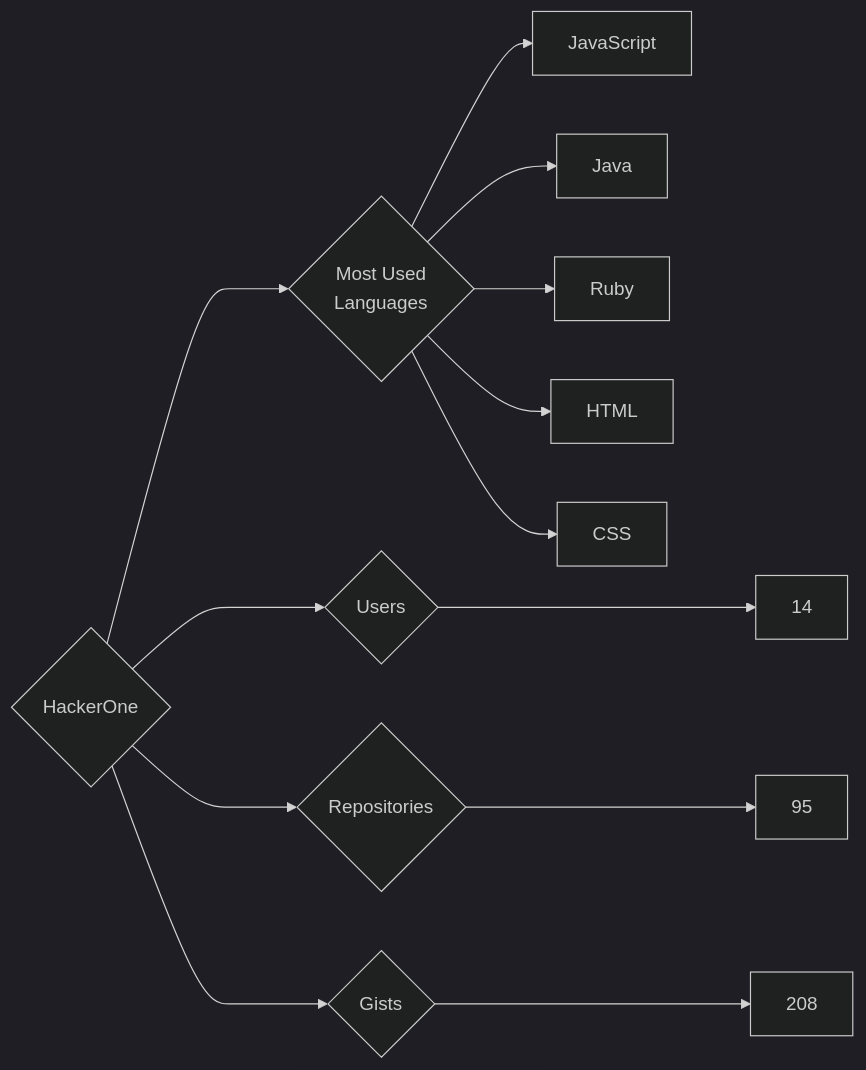
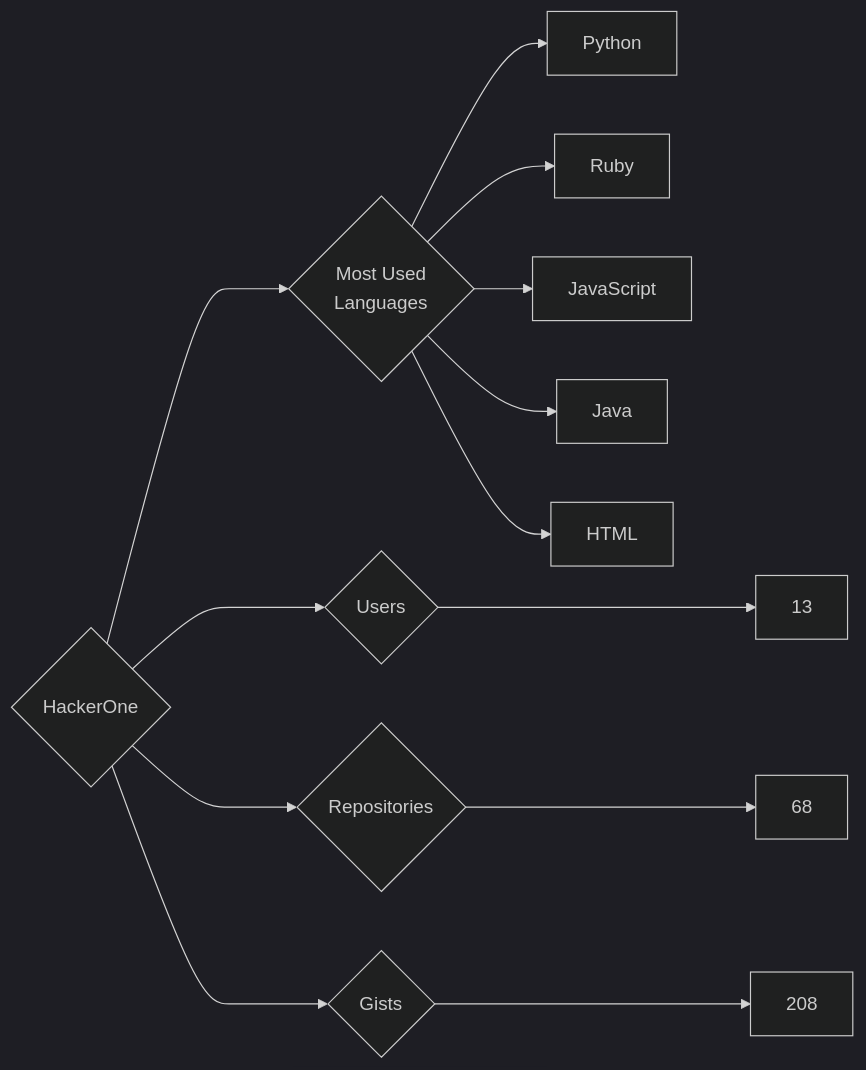
One commit to trickest/insiders changed the diagram in targets/HackerOne/README.md. Above: the diagram before and after it, drawn with Mermaid (dark theme). The commit also changed 860 other files, not shown here.

````diff
--- a/targets/HackerOne/README.md
+++ b/targets/HackerOne/README.md
@@ -3,13 +3,13 @@
 ```mermaid
 graph LR
 COMPANY_NAME{HackerOne}
-COMPANY_NAME ---> U{Users} ---> UN[14]
-COMPANY_NAME ---> R{Repositories} ---> RN[95]
+COMPANY_NAME ---> U{Users} ---> UN[13]
+COMPANY_NAME ---> R{Repositories} ---> RN[68]
 COMPANY_NAME ---> G{Gists} ---> GN[208]
 COMPANY_NAME ---> ML{Most Used<br>Languages}
+ML --> Python[Python]
+ML --> Ruby[Ruby]
 ML --> JavaScript[JavaScript]
 ML --> Java[Java]
-ML --> Ruby[Ruby]
 ML --> HTML[HTML]
-ML --> CSS[CSS]
 ```
````
